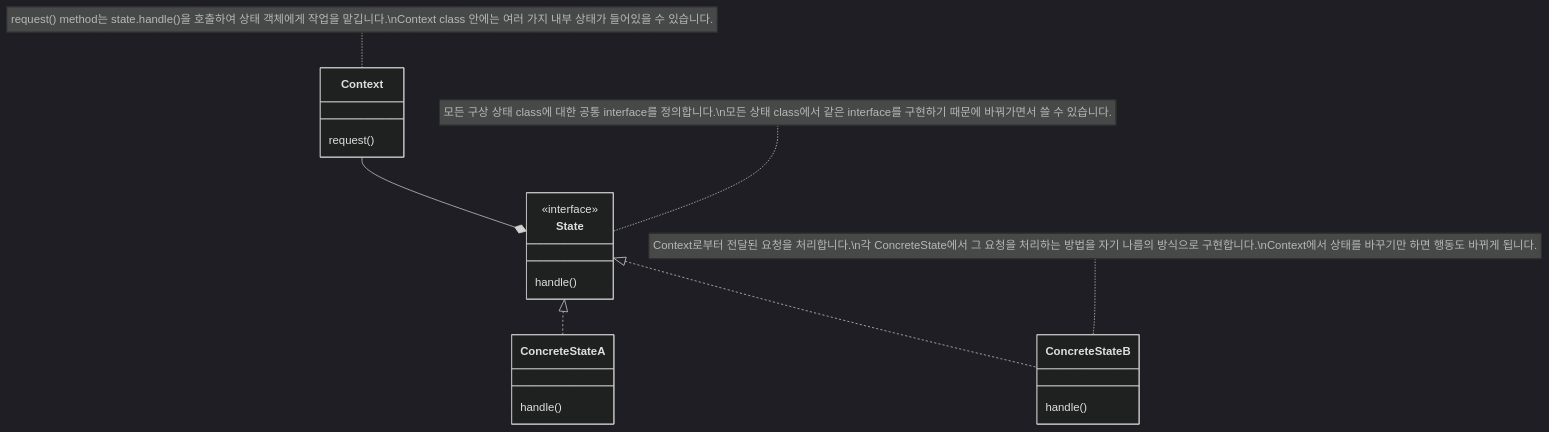
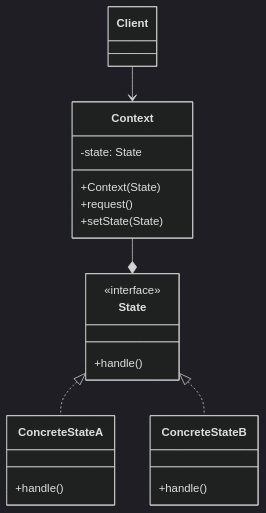
One commit to choesimin/choesimin.github.io changed the first of 6 diagrams in _skills/design-pattern/state-pattern.md. Above: the diagram before and after it, drawn with Mermaid (dark theme). The commit also changed other lines of this file and 1 other file, not shown here.

````diff
--- a/_skills/design-pattern/state-pattern.md
+++ b/_skills/design-pattern/state-pattern.md
@@ -75,28 +67,33 @@
 ```mermaid
 classDiagram
 
+class Client
+
 class Context {
-    request()
+    -state: State
+
+    +Context(State)
+
+    +request()
+    +setState(State)
 }
 
 class State {
     <<interface>>
-    handle()
+    +handle()
 }
 
 class ConcreteStateA {
-    handle()
+    +handle()
 }
 
 class ConcreteStateB {
-    handle()
+    +handle()
 }
+
+Client --> Context
 
 Context --* State
 State <|.. ConcreteStateA
 State <|.. ConcreteStateB
-
-note for Context "request() method는 state.handle()을 호출하여 상태 객체에게 작업을 맡깁니다.\nContext class 안에는 여러 가지 내부 상태가 들어있을 수 있습니다."
-note for State "모든 구상 상태 class에 대한 공통 interface를 정의합니다.\n모든 상태 class에서 같은 interface를 구현하기 때문에 바꿔가면서 쓸 수 있습니다."
-note for ConcreteStateB "Context로부터 전달된 요청을 처리합니다.\n각 ConcreteState에서 그 요청을 처리하는 방법을 자기 나름의 방식으로 구현합니다.\nContext에서 상태를 바꾸기만 하면 행동도 바뀌게 됩니다."
 ```
````
